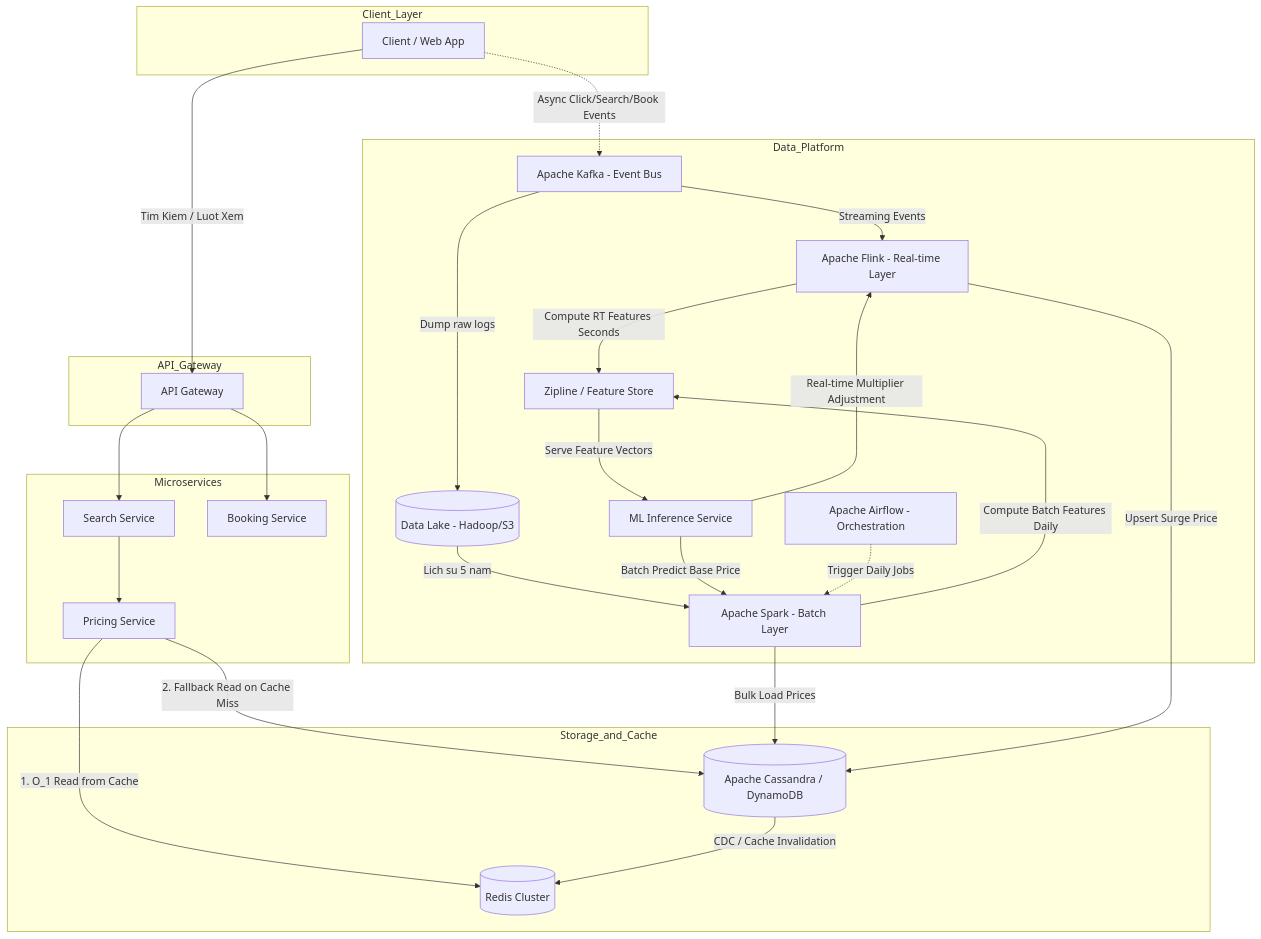
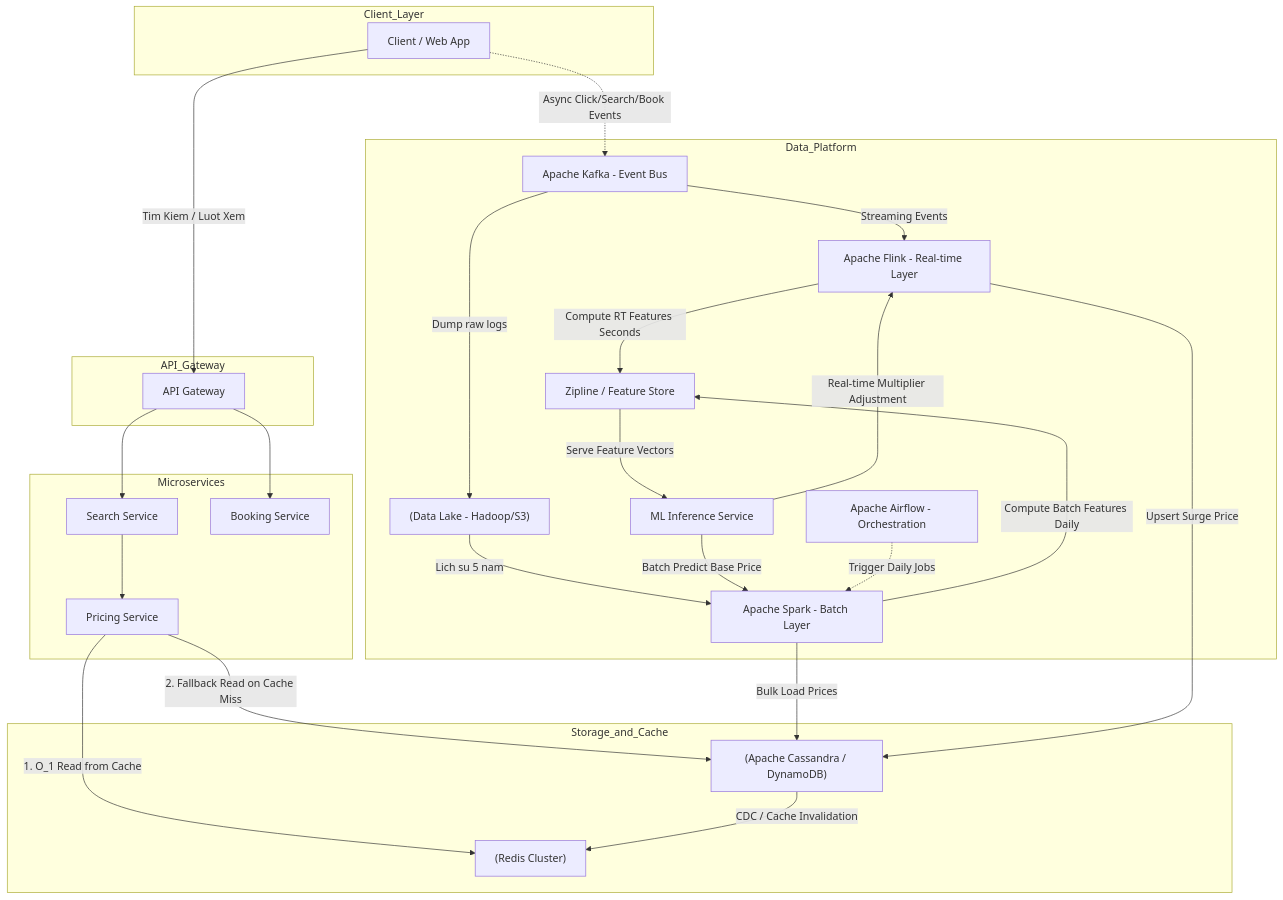
One commit to kythuatdulieu/kythuatdulieu.github.io changed the diagram in src/content/docs/projects/system-design/airbnb-dynamic-pricing.md. Above: the diagram before and after it, drawn with Mermaid. The commit also changed 302 other files, not shown here.

````diff
--- a/src/content/docs/projects/system-design/airbnb-dynamic-pricing.md
+++ b/src/content/docs/projects/system-design/airbnb-dynamic-pricing.md
@@ -31,57 +31,57 @@
 ```mermaid
 flowchart TD
     subgraph Client_Layer
-        C[Client / Web App]
+        C["Client / Web App"]
     end
 
     subgraph API_Gateway
-        GW[API Gateway]
+        GW["API Gateway"]
     end
 
     subgraph Microservices
-        PS[Pricing Service]
-        SS[Search Service]
-        BS[Booking Service]
+        PS["Pricing Service"]
+        SS["Search Service"]
+        BS["Booking Service"]
     end
 
     subgraph Storage_and_Cache
-        RC[(Redis Cluster)]
-        DB[(Apache Cassandra / DynamoDB)]
+        RC["(Redis Cluster)"]
+        DB["(Apache Cassandra / DynamoDB)"]
     end
 
     subgraph Data_Platform
-        Kafka[Apache Kafka - Event Bus]
-        Spark[Apache Spark - Batch Layer]
-        Flink[Apache Flink - Real-time Layer]
-        S3[(Data Lake - Hadoop/S3)]
-        Zipline[Zipline / Feature Store]
-        ML[ML Inference Service]
-        Airflow[Apache Airflow - Orchestration]
+        Kafka["Apache Kafka - Event Bus"]
+        Spark["Apache Spark - Batch Layer"]
+        Flink["Apache Flink - Real-time Layer"]
+        S3["(Data Lake - Hadoop/S3)"]
+        Zipline["Zipline / Feature Store"]
+        ML["ML Inference Service"]
+        Airflow["Apache Airflow - Orchestration"]
     end
 
     C -->|Tim Kiem / Luot Xem| GW
     GW --> SS
     SS --> PS
     GW --> BS
     
     PS -->|1. O_1 Read from Cache| RC
     PS -->|2. Fallback Read on Cache Miss| DB
     
     C -.->|Async Click/Search/Book Events| Kafka
     S3 -->|Lich su 5 nam| Spark
     Kafka -->|Streaming Events| Flink
     Kafka -->|Dump raw logs| S3
     
     Spark -->|Compute Batch Features Daily| Zipline
     Flink -->|Compute RT Features Seconds| Zipline
     
     Zipline -->|Serve Feature Vectors| ML
     ML -->|Batch Predict Base Price| Spark
     ML -->|Real-time Multiplier Adjustment| Flink
     
     Spark -->|Bulk Load Prices| DB
     Flink -->|Upsert Surge Price| DB
     DB -->|CDC / Cache Invalidation| RC
     
     Airflow -.->|Trigger Daily Jobs| Spark
 ```
````
